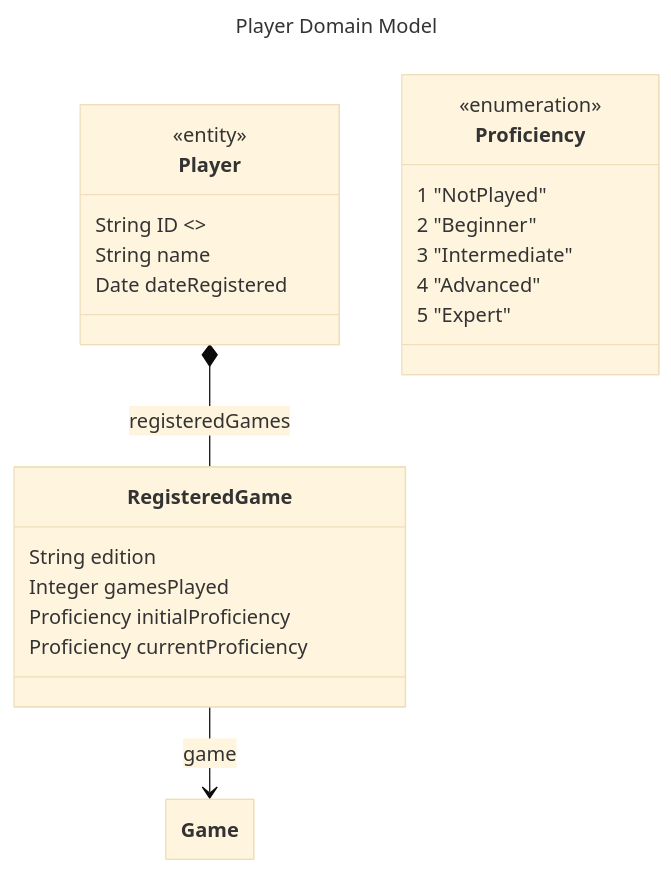
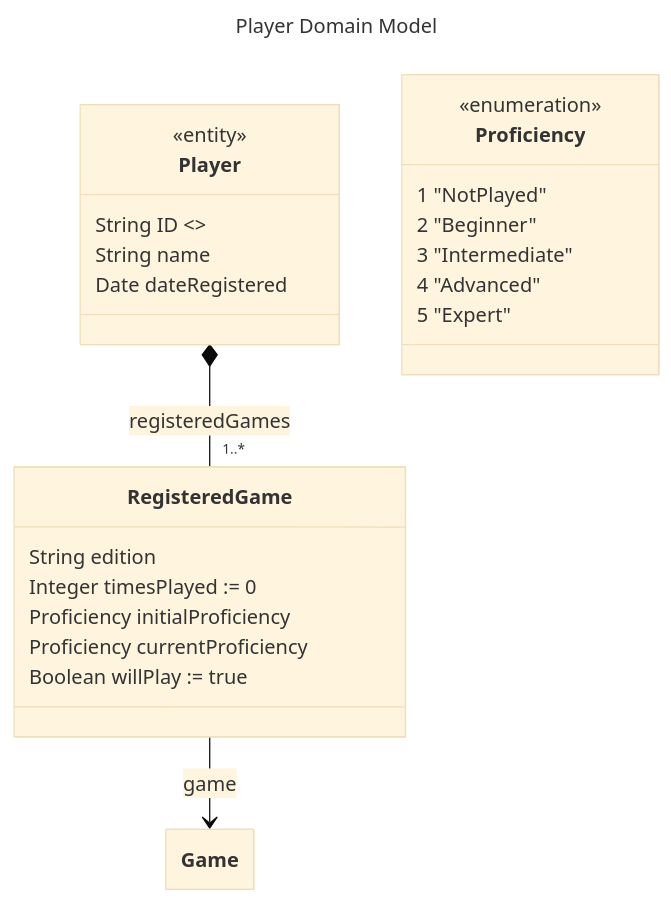
The diagram in design/data/player.md (AdrianMiley/War-Games-League), drawn with Mermaid (base theme) before and after one commit. The commit also changed 2 other files, not shown here.

Commit message:
Refining domain model

````diff
--- a/design/data/player.md
+++ b/design/data/player.md
@@ -1,36 +1,37 @@
 ```mermaid
 ---
   title: Player Domain Model
   config:
     class:
       hideEmptyMembersBox: true
 ---
 classDiagram
 %%    namespace "player"
 %%    import "design/data/game/Game" as Game
     class Player {
         <<entity>>
         String ID <<key>>
         String name
         Date dateRegistered
     }
 
     class RegisteredGame {
         String edition
-        Integer gamesPlayed
+        Integer timesPlayed := 0
         Proficiency initialProficiency
         Proficiency currentProficiency
+        Boolean willPlay := true
     }
 
-    Player *-- RegisteredGame : registeredGames
+    Player *-- "1..*" RegisteredGame : registeredGames
     RegisteredGame --> Game : game
 
     class Proficiency {
         <<enumeration>>
         1 "NotPlayed"
         2 "Beginner"
         3 "Intermediate"
         4 "Advanced"
         5 "Expert"
     }
 ```
````
